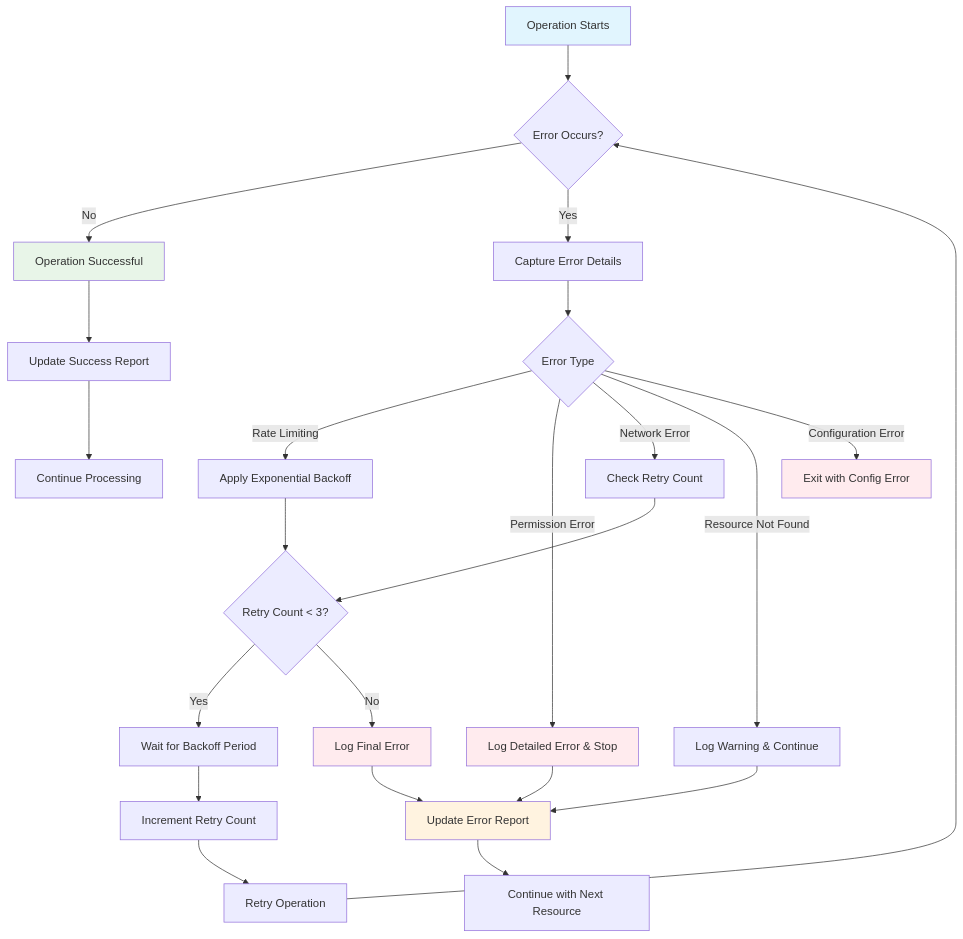
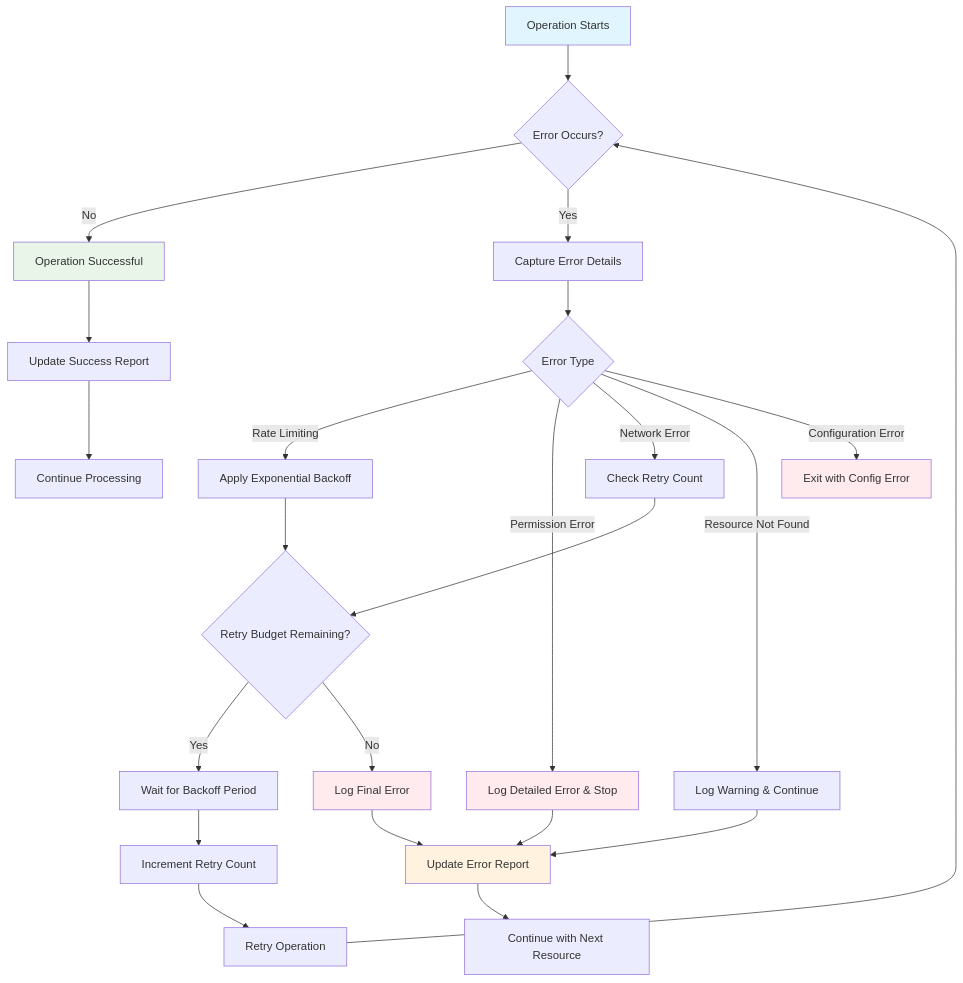
Before and after one commit to aws-samples/sample-quicksight-backup-tool: the third of 6 diagrams in docs/backup_process_flow.md, drawn with Mermaid. The commit also changed other lines of this file and 3 other files, not shown here.

````diff
--- a/docs/backup_process_flow.md
+++ b/docs/backup_process_flow.md
@@ -70,36 +90,36 @@
 ```mermaid
 flowchart TD
     A[Operation Starts] --> B{Error Occurs?}
     B -->|No| C[Operation Successful]
     B -->|Yes| D[Capture Error Details]
     D --> E{Error Type}
     
     E -->|Rate Limiting| F[Apply Exponential Backoff]
     E -->|Permission Error| G[Log Detailed Error & Stop]
     E -->|Network Error| H[Check Retry Count]
     E -->|Resource Not Found| I[Log Warning & Continue]
     E -->|Configuration Error| J[Exit with Config Error]
     
-    F --> K{Retry Count < 3?}
+    F --> K{Retry Budget Remaining?}
     H --> K
     K -->|Yes| L[Wait for Backoff Period]
     K -->|No| M[Log Final Error]
     L --> N[Increment Retry Count]
     N --> O[Retry Operation]
     O --> B
     
     G --> P[Update Error Report]
     I --> P
     M --> P
     P --> Q[Continue with Next Resource]
     
     C --> R[Update Success Report]
     R --> S[Continue Processing]
     
     style A fill:#e1f5fe
     style C fill:#e8f5e8
     style G fill:#ffebee
     style J fill:#ffebee
     style M fill:#ffebee
     style P fill:#fff3e0
 ```
````
